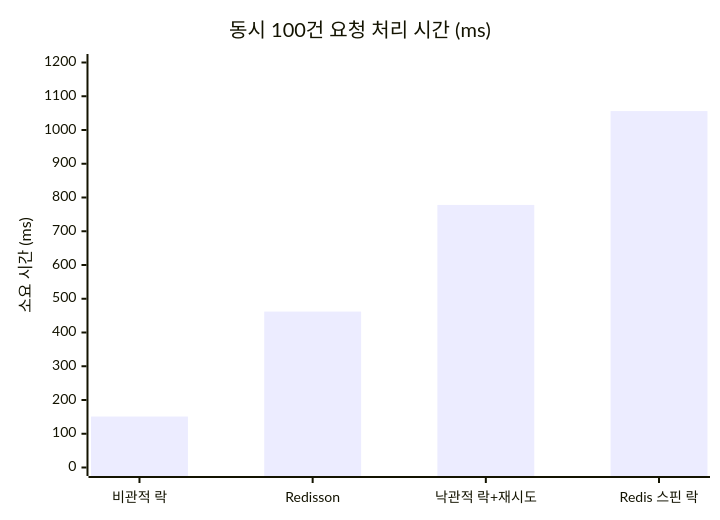
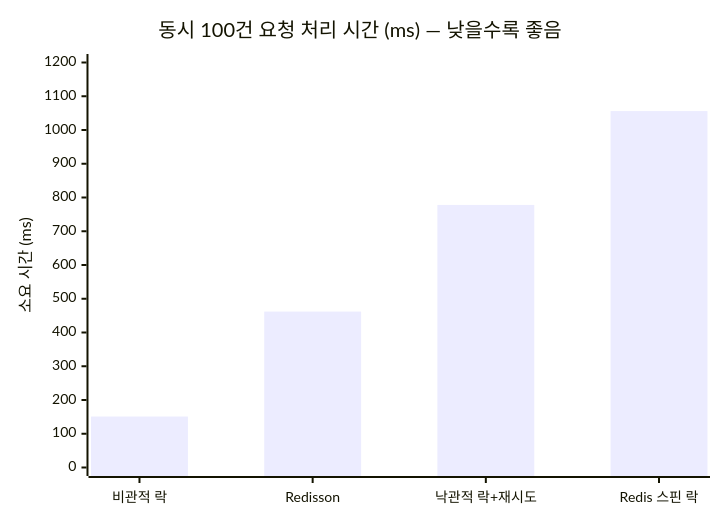
One commit to JJungH0/shopflow changed the first of 2 diagrams in README.md. Above: the diagram before and after it, drawn with Mermaid. The commit also changed other lines of this file and 6 other files, not shown here.

````diff
--- a/README.md
+++ b/README.md
@@ -283,7 +396,7 @@
 ```mermaid
 xychart-beta
-    title "동시 100건 요청 처리 시간 (ms)"
+    title "동시 100건 요청 처리 시간 (ms) — 낮을수록 좋음"
     x-axis ["비관적 락", "Redisson", "낙관적 락+재시도", "Redis 스핀 락"]
     y-axis "소요 시간 (ms)" 0 --> 1200
     bar [151, 462, 778, 1056]
 ```
````
